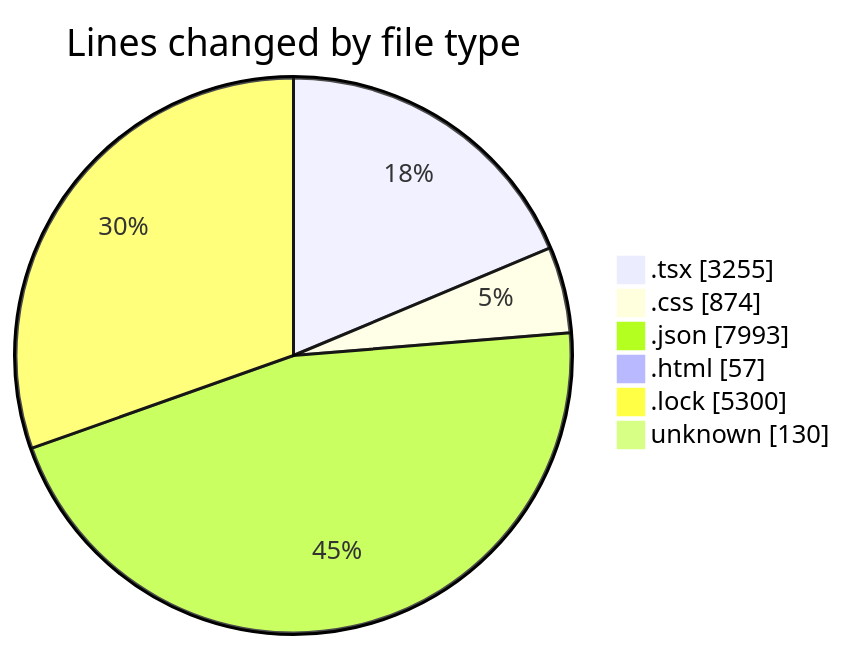
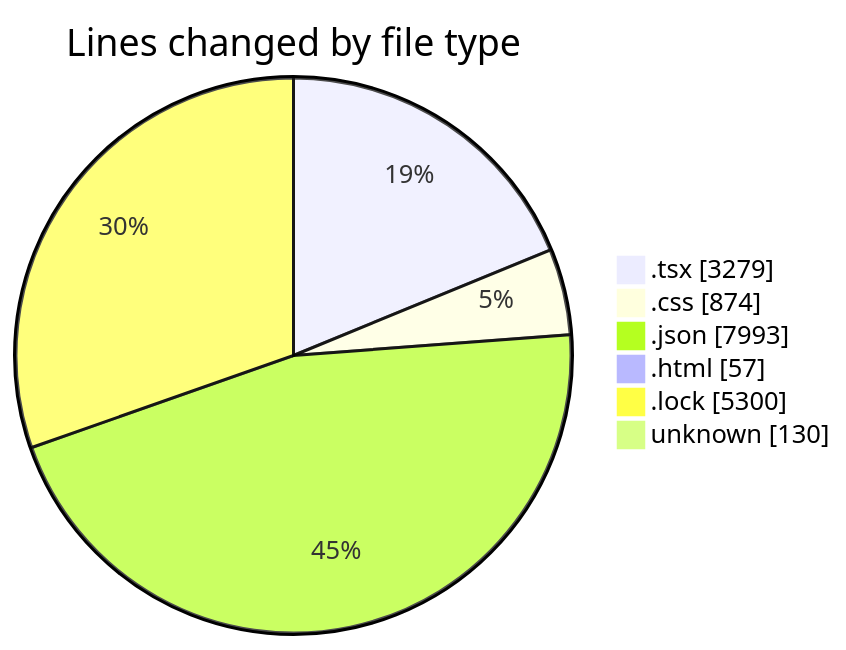
Before and after one commit to EIIisD/code-tracking: the first of 2 diagrams in 2025-08-12/ribbon/README.md, drawn with Mermaid. The commit also changed other lines of this file and 1 other file, not shown here.

````diff
--- a/2025-08-12/ribbon/README.md
+++ b/2025-08-12/ribbon/README.md
@@ -39,10 +39,10 @@
 ```mermaid
 pie showData
 title Lines changed by file type
-".tsx" : 3255
+".tsx" : 3279
 ".css" : 874
 ".json" : 7993
 ".html" : 57
 ".lock" : 5300
 "unknown" : 130
 ```
````
